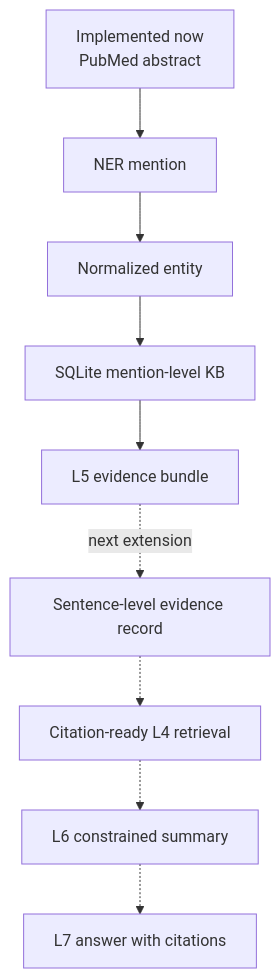
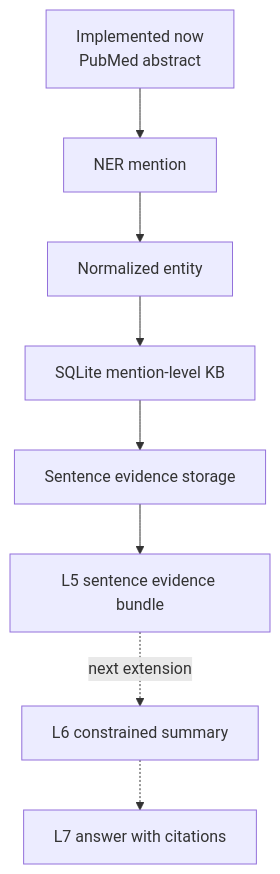
The fourth of 4 diagrams in doc/end_to_end_data_flow.md (Yi104/biomedical_literature_intelligence_engine), drawn with Mermaid before and after one commit. The commit also changed other lines of this file and 19 other files, not shown here.

Commit message:
add sentence-level evidence retrieval for L3-L5

````diff
--- a/doc/end_to_end_data_flow.md
+++ b/doc/end_to_end_data_flow.md
@@ -208,12 +216,11 @@
 ```mermaid
 flowchart TD
     A["Implemented now<br/>PubMed abstract"] --> B["NER mention"]
     B --> C["Normalized entity"]
     C --> D["SQLite mention-level KB"]
-    D --> E["L5 evidence bundle"]
+    D --> E["Sentence evidence storage"]
+    E --> F["L5 sentence evidence bundle"]
 
-    E -. "next extension" .-> F["Sentence-level evidence record"]
-    F -.-> G["Citation-ready L4 retrieval"]
-    G -.-> H["L6 constrained summary"]
-    H -.-> I["L7 answer with citations"]
+    F -. "next extension" .-> G["L6 constrained summary"]
+    G -.-> H["L7 answer with citations"]
 ```
````
